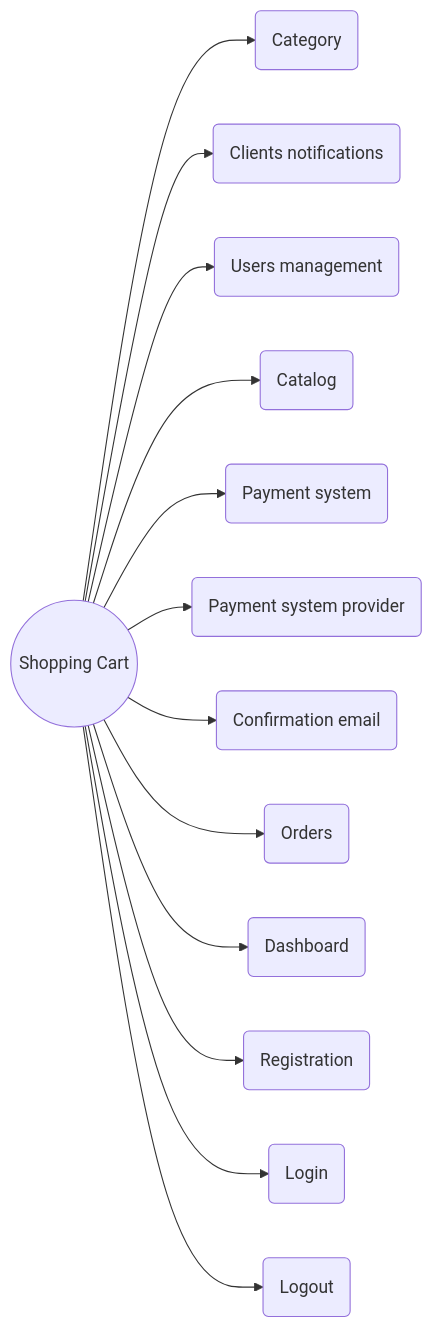
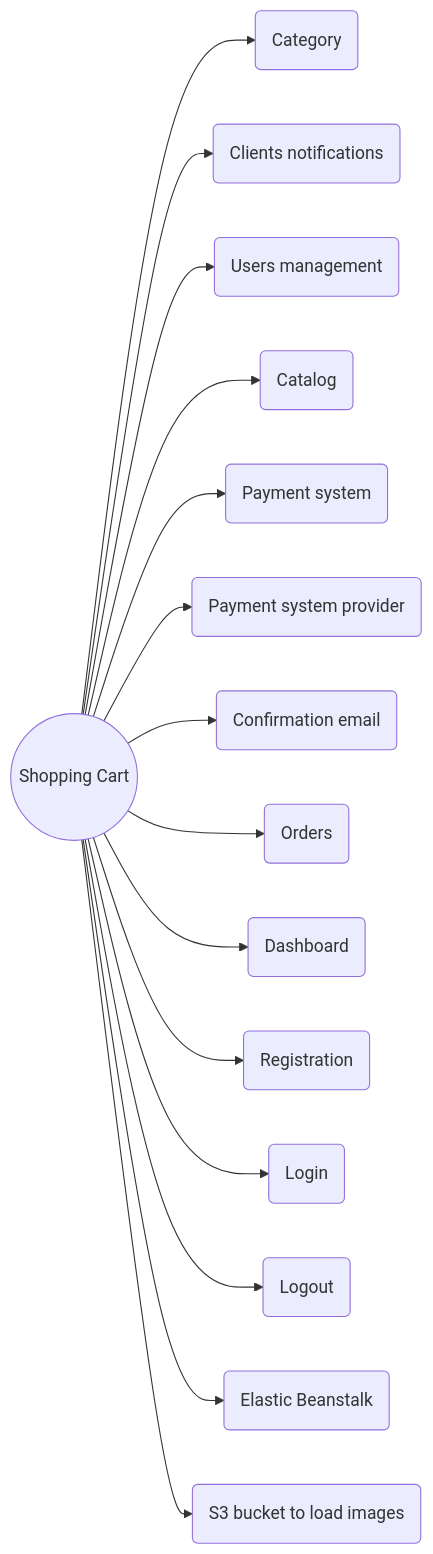
The diagram in README.md (JasoSalgado/Ecommerce), drawn with Mermaid before and after one commit.

Commit message:
ADD: elastic and s3 bucket to README.md

````diff
--- a/README.md
+++ b/README.md
@@ -4,17 +4,19 @@
 ```mermaid
 graph LR
 
 A((Shopping Cart))
 A --> B(Category)
 A --> C(Clients notifications)
 A --> D(Users management)
 A --> E(Catalog)
 A --> F(Payment system)
 A --> G(Payment system provider)
 A --> H(Confirmation email)
 A --> I(Orders)
 A --> J(Dashboard)
 A --> K(Registration)
 A --> L(Login)
 A --> M(Logout)
+A --> N(Elastic Beanstalk)
+A --> O(S3 bucket to load images)
 ```
````
